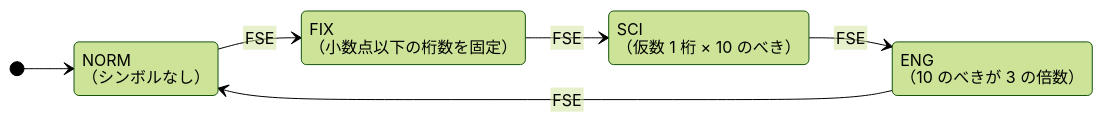
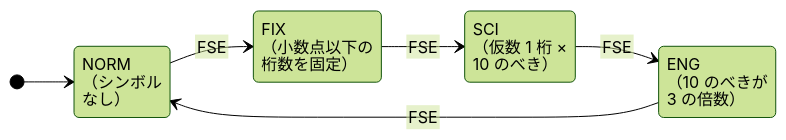
Before and after one commit to litchi-gh/pc-e500_tools: the second of 2 diagrams in docs/handbook/05_CAL.md, drawn with Mermaid (forest theme). The commit also changed 14 other files, not shown here.

First line of the commit message:
Docs: wrap state diagram and timeline labels by hand

````diff
--- a/docs/handbook/05_CAL.md
+++ b/docs/handbook/05_CAL.md
@@ -155,14 +155,14 @@
 ```mermaid
 %%{init: {"htmlLabels": false, "flowchart": {"htmlLabels": false, "wrappingWidth": 1000}}}%%
 stateDiagram-v2
   direction LR
-  NORM: NORM<br>（シンボルなし）
-  FIX: FIX<br>（小数点以下の桁数を固定）
-  SCI: SCI<br>（仮数 1 桁 × 10 のべき）
-  ENG: ENG<br>（10 のべきが 3 の倍数）
+  NORM: NORM<br>（シンボル<br>なし）
+  FIX: FIX<br>（小数点以下の<br>桁数を固定）
+  SCI: SCI<br>（仮数 1 桁 ×<br>10 のべき）
+  ENG: ENG<br>（10 のべきが<br>3 の倍数）
   [*] --> NORM
   NORM --> FIX: FSE
   FIX --> SCI: FSE
   SCI --> ENG: FSE
   ENG --> NORM: FSE
 ```
````
